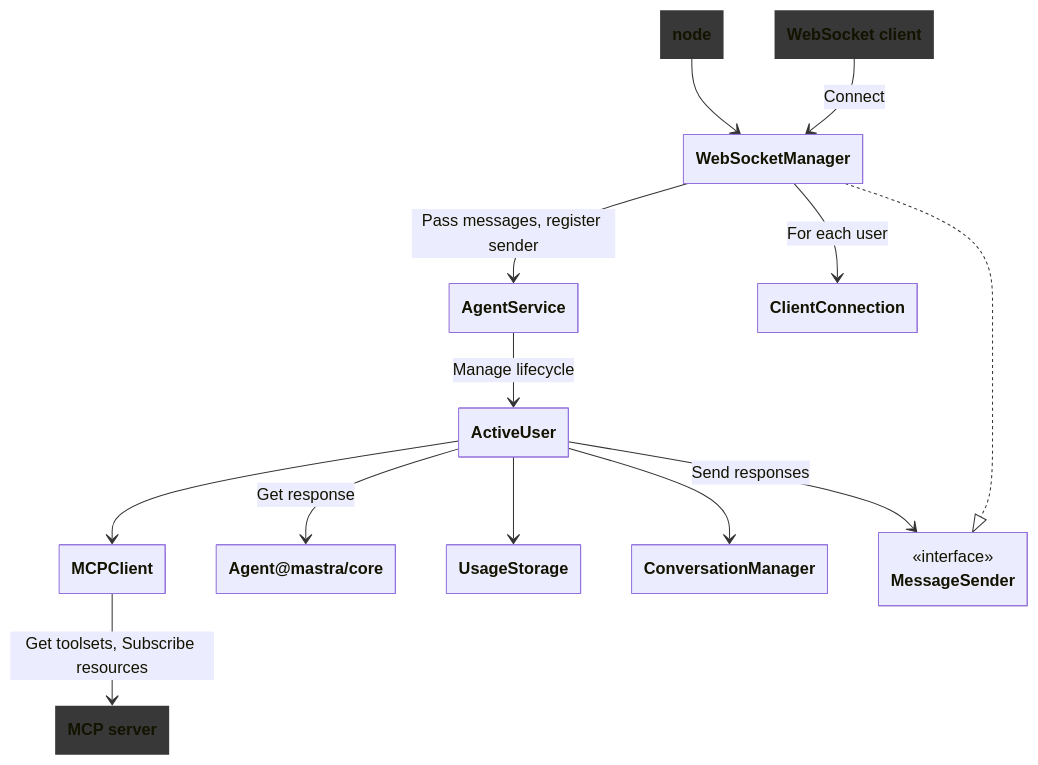
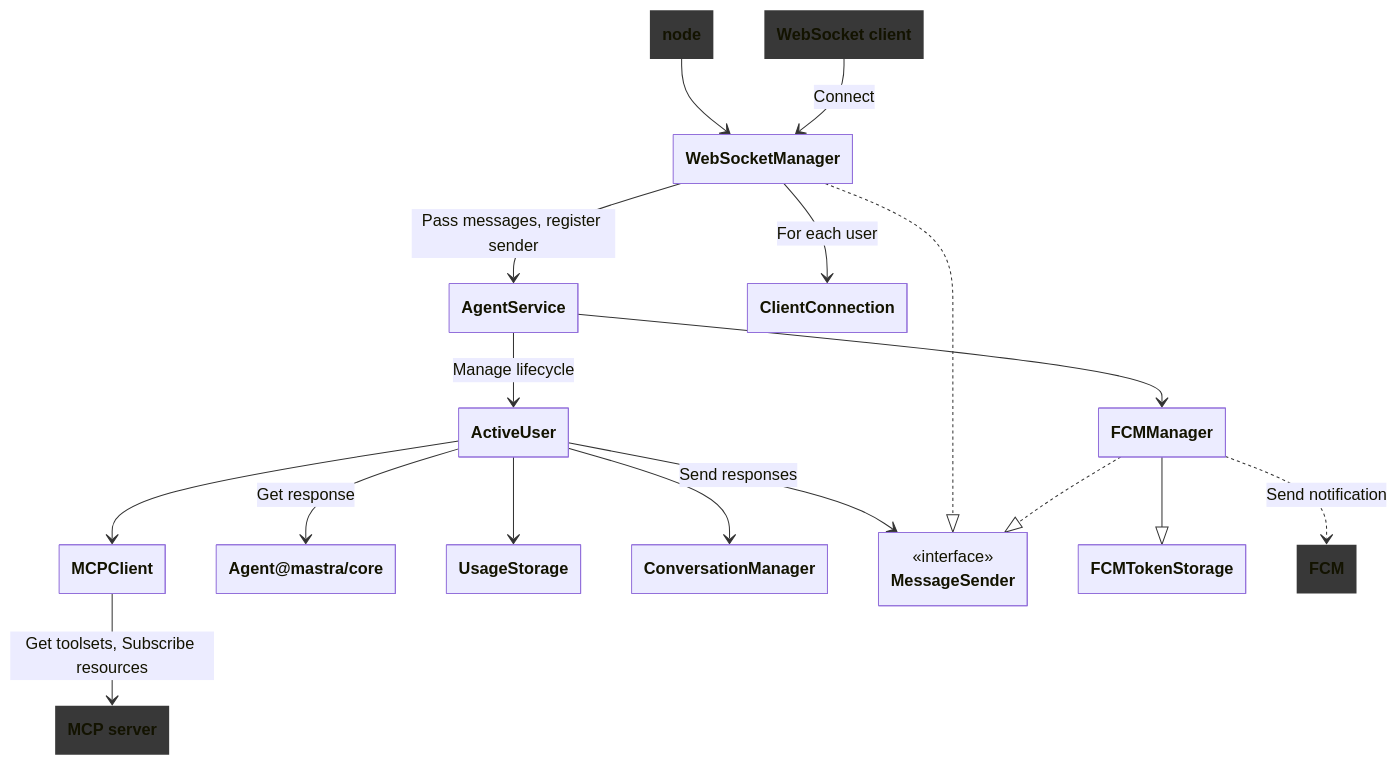
The diagram in docs/core.md (kinoh/Tsuki), drawn with Mermaid before and after one commit. The commit also changed 4 other files, not shown here.

````diff
--- a/docs/core.md
+++ b/docs/core.md
@@ -26,30 +26,35 @@
 ```mermaid
 ---
 config:
   class:
     hideEmptyMembersBox: true
 ---
 classDiagram
     node --> WebSocketManager
     `WebSocket client` --> WebSocketManager : Connect
     MCPClient --> `MCP server` : Get toolsets, Subscribe resources
     AgentService --> ActiveUser : Manage lifecycle
+    AgentService --> FCMManager
     ActiveUser --> `Agent@mastra/core` : Get response
     ActiveUser --> UsageStorage
     ActiveUser --> ConversationManager
     ActiveUser --> MCPClient
     ActiveUser --> MessageSender : Send responses
     WebSocketManager --> AgentService : Pass messages, register sender
     WebSocketManager ..|> MessageSender
     WebSocketManager --> ClientConnection : For each user
+    FCMManager ..|> MessageSender
+    FCMManager --|> FCMTokenStorage
+    FCMManager ..> FCM : Send notification
     class `Agent@mastra/core`
     class UsageStorage
     class ConversationManager
     <<interface>> MessageSender
     class WebSocketManager
     class ActiveUser
     class node:::external
     class `MCP server`:::external
     class `WebSocket client`:::external
+    class FCM:::external
     classDef external stroke:none,fill:#383838
   ```
````
